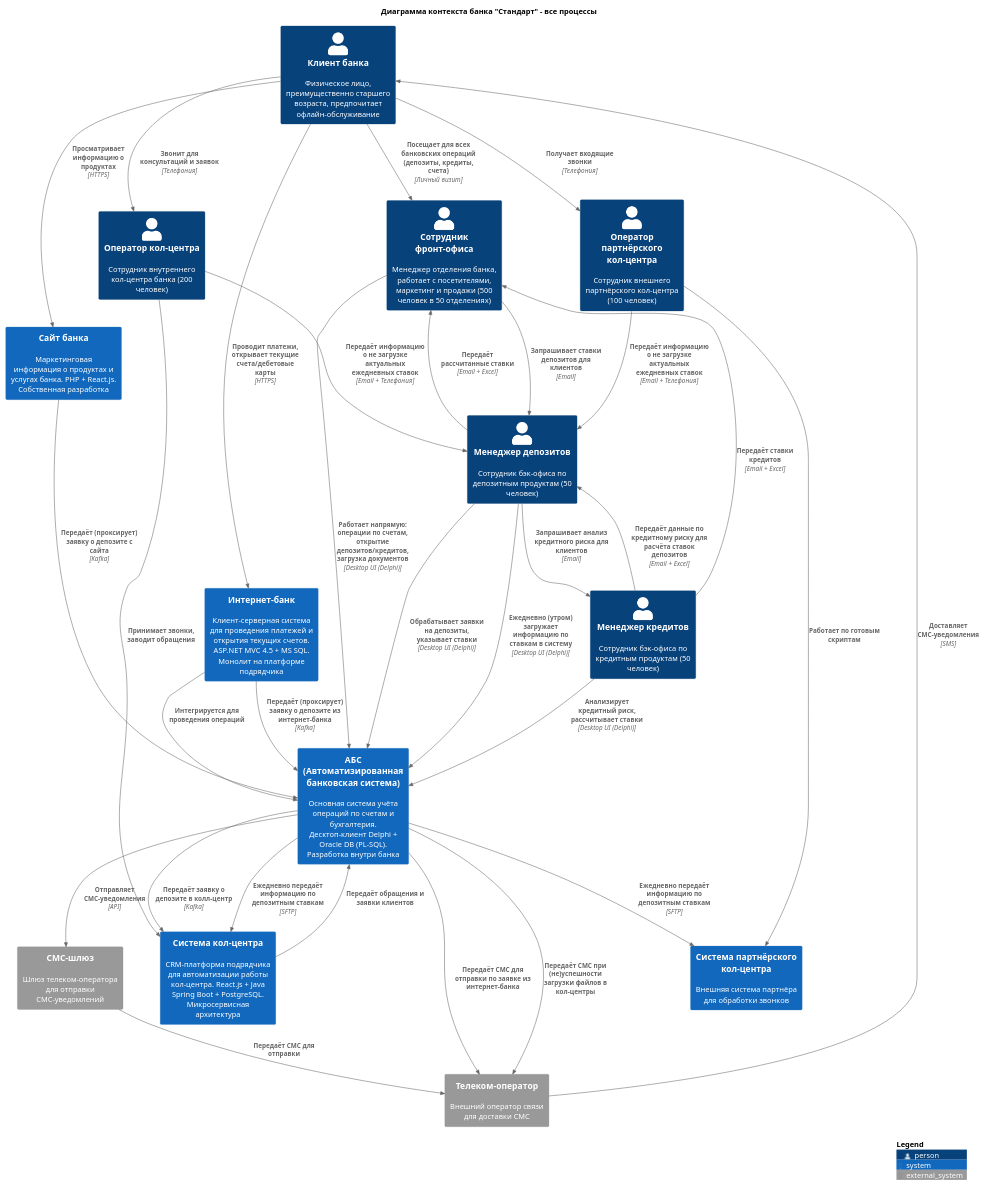
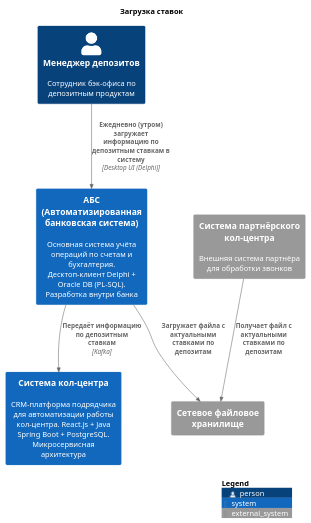
One commit to NevolinAlex/architecture-standart changed the diagram in Task4/c4_context.puml. Above: the diagram before and after it, drawn with PlantUML. The commit also changed 9 other files, not shown here.

```diff
--- a/Task4/c4_context.puml
+++ b/Task4/c4_context.puml
@@ -1,77 +1,29 @@
 @startuml
 !include https://raw.githubusercontent.com/plantuml-stdlib/C4-PlantUML/master/C4_Context.puml
 
 LAYOUT_WITH_LEGEND()
 
-title Диаграмма контекста банка "Стандарт" - все процессы
+title Загрузка ставок
 
-Person(client, "Клиент банка", "Физическое лицо, преимущественно старшего возраста, предпочитает офлайн-обслуживание")
-Person(frontOffice, "Сотрудник фронт-офиса", "Менеджер отделения банка, работает с посетителями, маркетинг и продажи (500 человек в 50 отделениях)")
-Person(backOfficeDeposit, "Менеджер депозитов", "Сотрудник бэк-офиса по депозитным продуктам (50 человек)")
-Person(backOfficeCredit, "Менеджер кредитов", "Сотрудник бэк-офиса по кредитным продуктам (50 человек)")
-Person(callCenterOp, "Оператор кол-центра", "Сотрудник внутреннего кол-центра банка (200 человек)")
-Person(partnerCallCenter, "Оператор партнёрского кол-центра", "Сотрудник внешнего партнёрского кол-центра (100 человек)")
+
+
+Person(backOfficeDeposit, "Менеджер депозитов", "Сотрудник бэк-офиса по депозитным продуктам")
+
+System_Ext(store, "Сетевое файловое хранилище")
+
+System(callCenterSystem, "Система кол-центра", "CRM-платформа подрядчика для автоматизации работы кол-центра. React.js + Java Spring Boot + PostgreSQL. Микросервисная архитектура")
+
+System_Ext(partnerCallCenterSystem, "Система партнёрского кол-центра", "Внешняя система партнёра для обработки звонков")
 
 System(abs, "АБС (Автоматизированная банковская система)", "Основная система учёта операций по счетам и бухгалтерия. Десктоп-клиент Delphi + Oracle DB (PL-SQL). Разработка внутри банка")
 
-System(internetBank, "Интернет-банк", "Клиент-серверная система для проведения платежей и открытия текущих счетов. ASP.NET MVC 4.5 + MS SQL. Монолит на платформе подрядчика")
 
-System(callCenterSystem, "Система кол-центра", "CRM-платформа подрядчика для автоматизации работы кол-центра. React.js + Java Spring Boot + PostgreSQL. Микросервисная архитектура")
+Rel(backOfficeDeposit, abs, "Ежедневно (утром) загружает информацию по депозитным ставкам в систему", "Desktop UI (Delphi)")
+Rel(abs, callCenterSystem, "Передаёт информацию по депозитным ставкам", "Kafka")
 
-System(partnerCallCenterSystem, "Система партнёрского кол-центра", "Внешняя система партнёра для обработки звонков")
+Rel(abs, store, "Загружает файла с актуальными ставками по депозитам")
+Rel(partnerCallCenterSystem, store, "Получает файл с актуальными ставками по депозитам")
 
-System(website, "Сайт банка", "Маркетинговая информация о продуктах и услугах банка. PHP + React.js. Собственная разработка")
-
-System_Ext(smsGateway, "СМС-шлюз", "Шлюз телеком-оператора для отправки СМС-уведомлений")
-
-System_Ext(telecom, "Телеком-оператор", "Внешний оператор связи для доставки СМС")
-
-' Взаимодействие клиентов с системами
-Rel(client, website, "Просматривает информацию о продуктах", "HTTPS")
-Rel(client, internetBank, "Проводит платежи, открывает текущие счета/дебетовые карты", "HTTPS")
-Rel(client, callCenterOp, "Звонит для консультаций и заявок", "Телефония")
-Rel(client, partnerCallCenter, "Получает входящие звонки", "Телефония")
-Rel(client, frontOffice, "Посещает для всех банковских операций (депозиты, кредиты, счета)", "Личный визит")
-
-' Работа операторов кол-центров
-Rel(callCenterOp, callCenterSystem, "Принимает звонки, заводит обращения")
-Rel(partnerCallCenter, partnerCallCenterSystem, "Работает по готовым скриптам")
-
-' Интеграции систем
-Rel(callCenterSystem, abs, "Передаёт обращения и заявки клиентов")
-Rel(internetBank, abs, "Интегрируется для проведения операций")
-Rel(abs, smsGateway, "Отправляет СМС-уведомления", "API")
-Rel(smsGateway, telecom, "Передаёт СМС для отправки")
-Rel(telecom, client, "Доставляет СМС-уведомления", "SMS")
-
-' Новые интеграции систем
-Rel(website, abs, "Передаёт (проксирует) заявку о депозите с сайта", "Kafka")
-Rel(internetBank, abs, "Передаёт (проксирует) заявку о депозите из интернет-банка", "Kafka")
-
-Rel(abs, callCenterSystem, "Передаёт заявку о депозите в колл-центр", "Kafka")
-Rel(abs, telecom, "Передаёт СМС для отправки по заявке из интернет-банка")
-Rel(abs, telecom, "Передаёт СМС при (не)успешности загрузки файлов в кол-центры")
-Rel(abs, callCenterSystem, "Ежедневно передаёт информацию по депозитным ставкам", "SFTP")
-Rel(abs, partnerCallCenterSystem, "Ежедневно передаёт информацию по депозитным ставкам", "SFTP")
-
-
-
-' Работа сотрудников фронт-офиса
-Rel(frontOffice, abs, "Работает напрямую: операции по счетам, открытие депозитов/кредитов, загрузка документов", "Desktop UI (Delphi)")
-
-' Работа сотрудников бэк-офиса
-Rel(backOfficeDeposit, abs, "Обрабатывает заявки на депозиты, указывает ставки", "Desktop UI (Delphi)")
-Rel(backOfficeDeposit, abs, "Ежедневно (утром) загружает информацию по ставкам в систему", "Desktop UI (Delphi)")
-Rel(backOfficeCredit, abs, "Анализирует кредитный риск, рассчитывает ставки", "Desktop UI (Delphi)")
-
-' Взаимодействие между подразделениями
-Rel(backOfficeCredit, backOfficeDeposit, "Передаёт данные по кредитному риску для расчёта ставок депозитов", "Email + Excel")
-Rel(backOfficeDeposit, backOfficeCredit, "Запрашивает анализ кредитного риска для клиентов", "Email")
-Rel(frontOffice, backOfficeDeposit, "Запрашивает ставки депозитов для клиентов", "Email")
-Rel(backOfficeDeposit, frontOffice, "Передаёт рассчитанные ставки", "Email + Excel")
-Rel(backOfficeCredit, frontOffice, "Передаёт ставки кредитов", "Email + Excel")
-Rel(partnerCallCenter, backOfficeDeposit, "Передаёт информацию о не загрузке актуальных ежедневных ставок", "Email + Телефония")
-Rel(callCenterOp, backOfficeDeposit, "Передаёт информацию о не загрузке актуальных ежедневных ставок", "Email + Телефония")
 
 SHOW_LEGEND()
 @enduml
```
